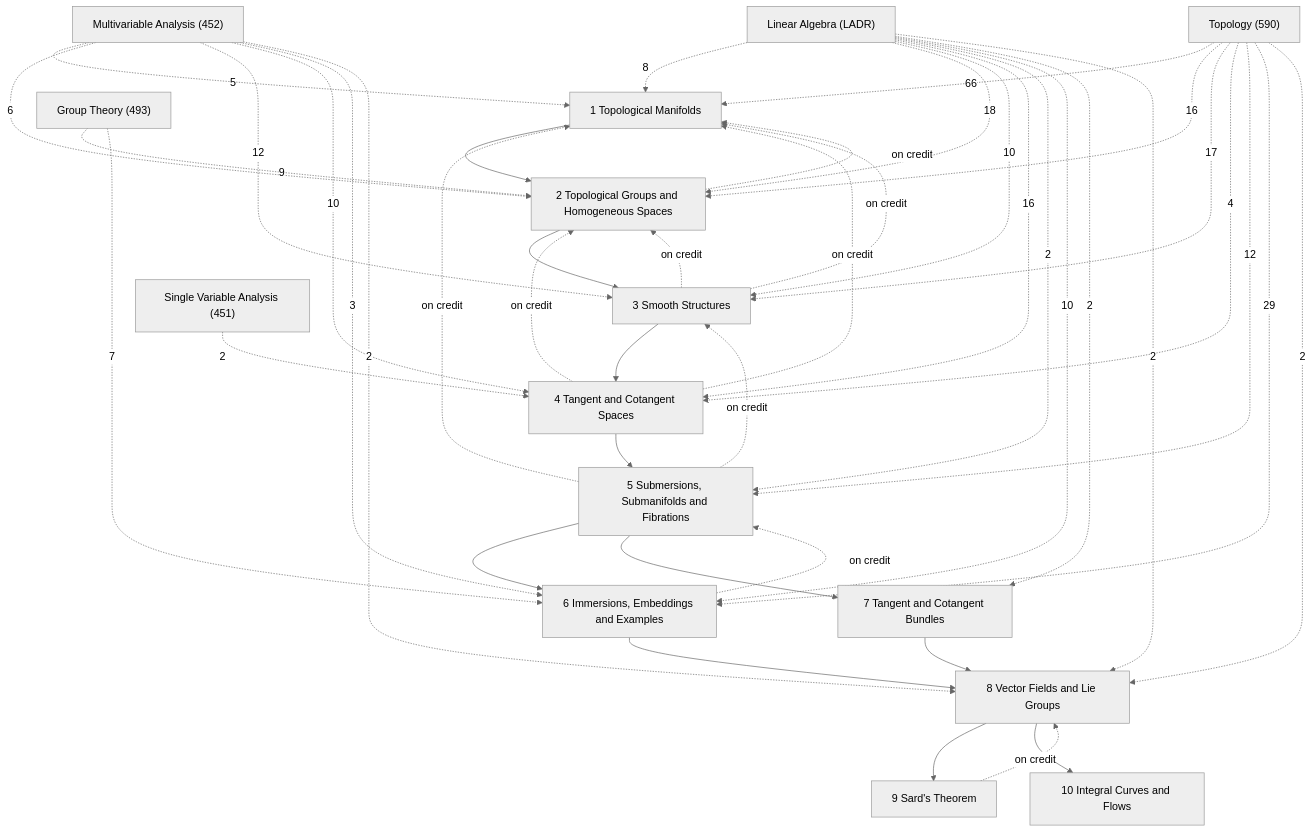
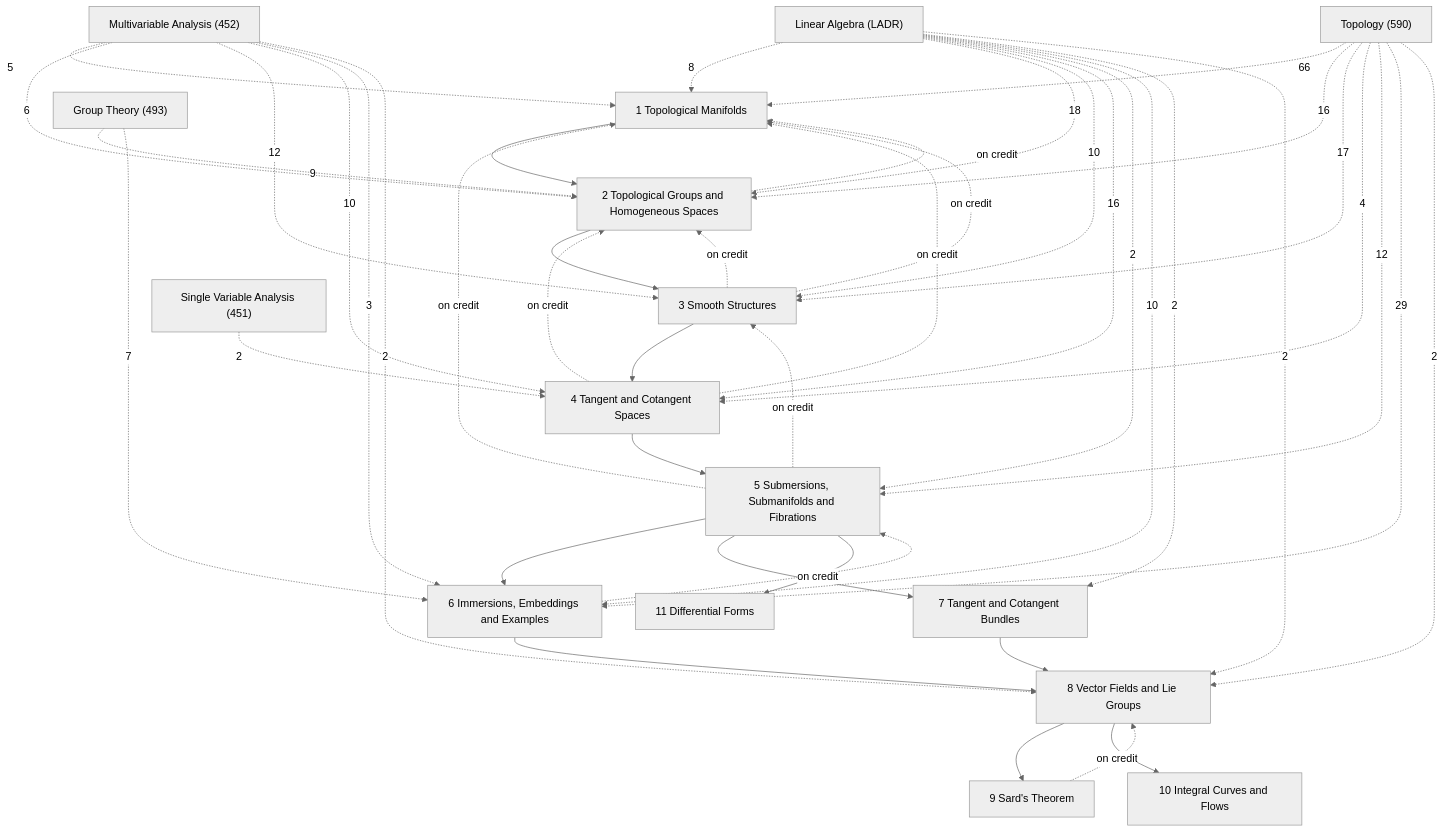
The diagram in Math/Differentiable Manifolds/Differentiable Manifolds.md (Onion20040508/notes), drawn with Mermaid (neutral theme) before and after one commit. The commit also changed other lines of this file and 26 other files, not shown here.

````diff
--- a/Math/Differentiable Manifolds/Differentiable Manifolds.md
+++ b/Math/Differentiable Manifolds/Differentiable Manifolds.md
@@ -27,61 +27,63 @@
 ```mermaid
 graph TD
   C1["1 Topological Manifolds"]
   C2["2 Topological Groups and Homogeneous Spaces"]
   C3["3 Smooth Structures"]
   C4["4 Tangent and Cotangent Spaces"]
   C5["5 Submersions, Submanifolds and Fibrations"]
   C6["6 Immersions, Embeddings and Examples"]
   C7["7 Tangent and Cotangent Bundles"]
   C8["8 Vector Fields and Lie Groups"]
   C9["9 Sard's Theorem"]
   C10["10 Integral Curves and Flows"]
+  C11["11 Differential Forms"]
   X1["Topology (590)"]
   X2["Multivariable Analysis (452)"]
   X3["Linear Algebra (LADR)"]
   X4["Group Theory (493)"]
   X5["Single Variable Analysis (451)"]
   C1 --> C2
   C2 --> C3
   C3 --> C4
   C4 --> C5
   C5 --> C6
   C5 --> C7
+  C5 --> C11
   C6 --> C8
   C7 --> C8
   C8 --> C9
   C8 --> C10
   C2 -.->|on credit| C1
   C3 -.->|on credit| C1
   C3 -.->|on credit| C2
   C4 -.->|on credit| C1
   C4 -.->|on credit| C2
   C5 -.->|on credit| C1
   C5 -.->|on credit| C3
   C6 -.->|on credit| C5
   C9 -.->|on credit| C8
   X4 -.->|9| C2
   X4 -.->|7| C6
   X3 -.->|8| C1
   X3 -.->|18| C2
   X3 -.->|10| C3
   X3 -.->|16| C4
   X3 -.->|2| C5
   X3 -.->|10| C6
   X3 -.->|2| C7
   X3 -.->|2| C8
   X2 -.->|5| C1
   X2 -.->|6| C2
   X2 -.->|12| C3
   X2 -.->|10| C4
   X2 -.->|3| C6
   X2 -.->|2| C8
   X5 -.->|2| C4
   X1 -.->|66| C1
   X1 -.->|16| C2
   X1 -.->|17| C3
   X1 -.->|4| C4
   X1 -.->|12| C5
   X1 -.->|29| C6
   X1 -.->|2| C8
 ```
````
